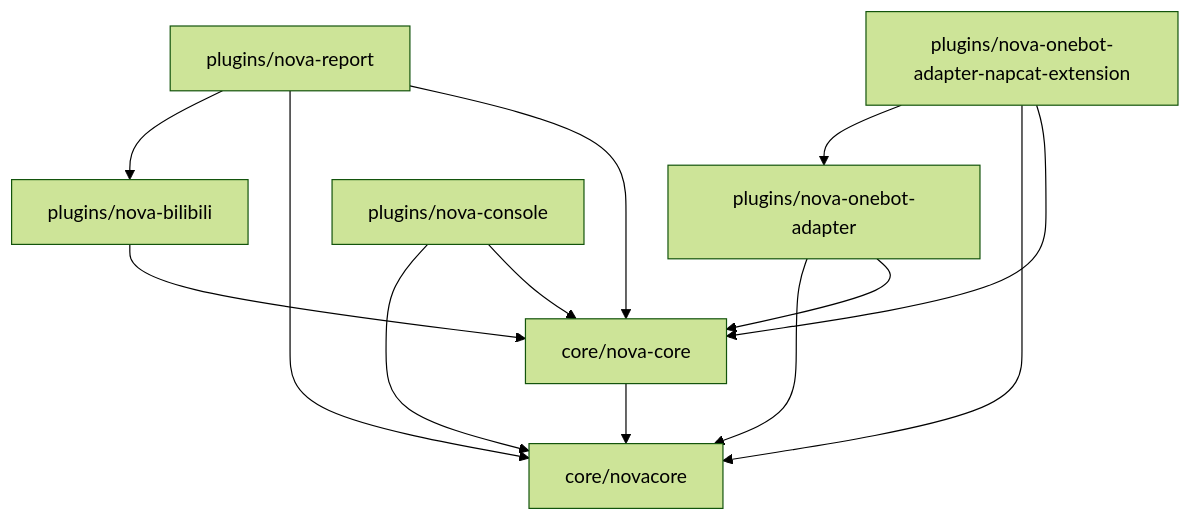
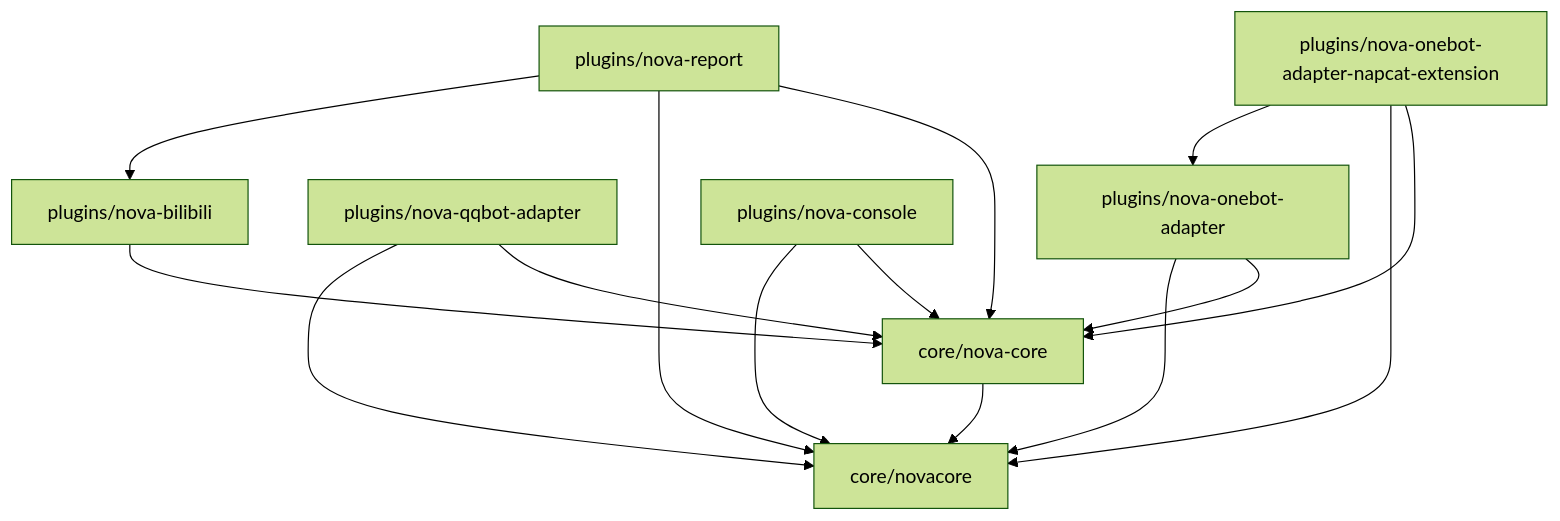
The first of 2 diagrams in docs/architecture.md (FrostNovaOrg/NovaBot), drawn with Mermaid (forest theme) before and after one commit. The commit also changed other lines of this file and 26 other files, not shown here.

````diff
--- a/docs/architecture.md
+++ b/docs/architecture.md
@@ -30,22 +31,25 @@
 ```mermaid
 flowchart TB
   novacore["core/novacore"]
   nova_core["core/nova-core"]
   onebot_adapter["plugins/nova-onebot-adapter"]
   napcat_extension["plugins/nova-onebot-adapter-napcat-extension"]
+  qqbot_adapter["plugins/nova-qqbot-adapter"]
   nova_bilibili["plugins/nova-bilibili"]
   nova_console["plugins/nova-console"]
   nova_report["plugins/nova-report"]
   nova_core --> novacore
   onebot_adapter --> nova_core
   onebot_adapter --> novacore
   napcat_extension --> nova_core
   napcat_extension --> novacore
   napcat_extension --> onebot_adapter
+  qqbot_adapter --> nova_core
+  qqbot_adapter --> novacore
   nova_bilibili --> nova_core
   nova_console --> nova_core
   nova_console --> novacore
   nova_report --> nova_core
   nova_report --> novacore
   nova_report --> nova_bilibili
 ```
````
